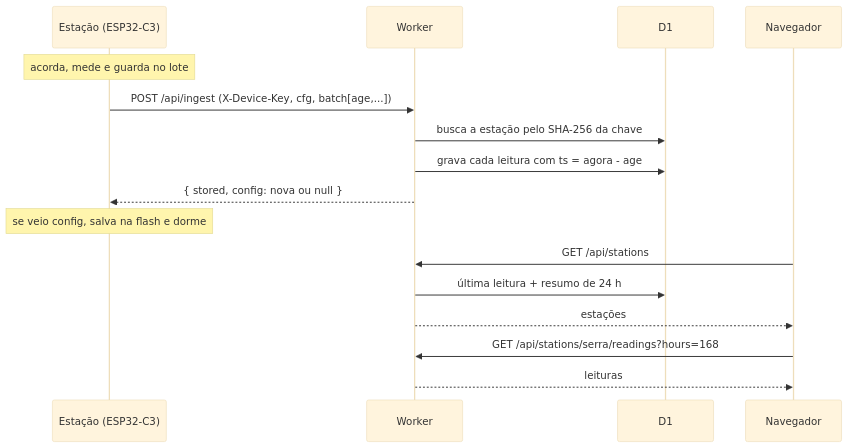
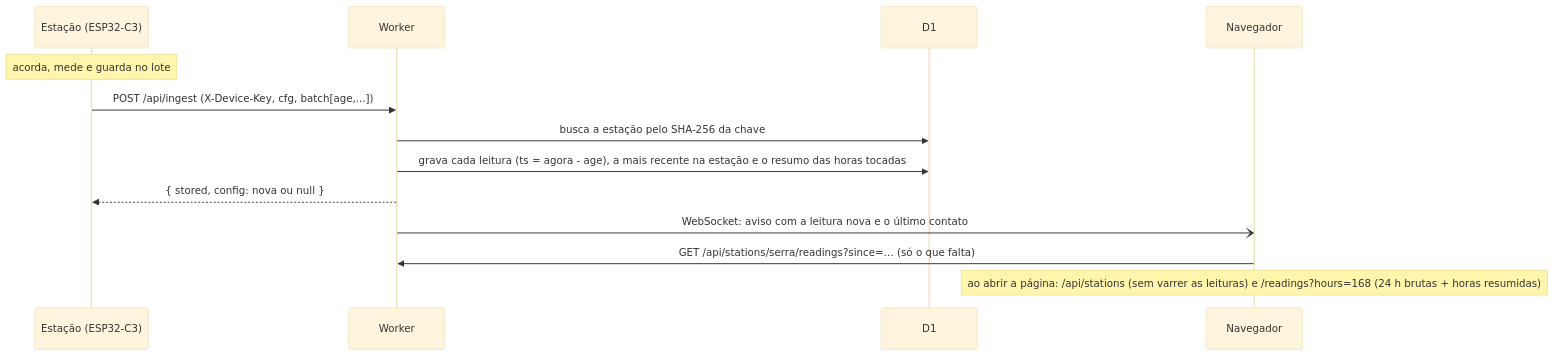
Before and after one commit to rudsomlima/estacao-meteo: the first of 2 diagrams in docs/arquitetura.md, drawn with Mermaid (base theme). The commit also changed other lines of this file and 14 other files, not shown here.

Commit message:
Etapa 2: resumo por hora no servidor (lista, calendario e historico longo sem varrer leituras), ultima leitura guardada na estacao, aviso em tempo real com o dado novo, site busca so as leituras novas (?since), exportacao bruta (?res=raw)

````diff
--- a/docs/arquitetura.md
+++ b/docs/arquitetura.md
@@ -21,19 +21,16 @@
 ```mermaid
 sequenceDiagram
     participant S as Estação (ESP32-C3)
     participant W as Worker
     participant D as D1
     participant B as Navegador
 
     Note over S: acorda, mede e guarda no lote
     S->>W: POST /api/ingest (X-Device-Key, cfg, batch[age,...])
     W->>D: busca a estação pelo SHA-256 da chave
-    W->>D: grava cada leitura com ts = agora - age
+    W->>D: grava cada leitura (ts = agora - age), a mais recente na estação e o resumo das horas tocadas
     W-->>S: { stored, config: nova ou null }
-    Note over S: se veio config, salva na flash e dorme
-    B->>W: GET /api/stations
-    W->>D: última leitura + resumo de 24 h
-    W-->>B: estações
-    B->>W: GET /api/stations/serra/readings?hours=168
-    W-->>B: leituras
+    W-)B: WebSocket: aviso com a leitura nova e o último contato
+    B->>W: GET /api/stations/serra/readings?since=… (só o que falta)
+    Note over B: ao abrir a página: /api/stations (sem varrer as leituras) e /readings?hours=168 (24 h brutas + horas resumidas)
 ```
````
